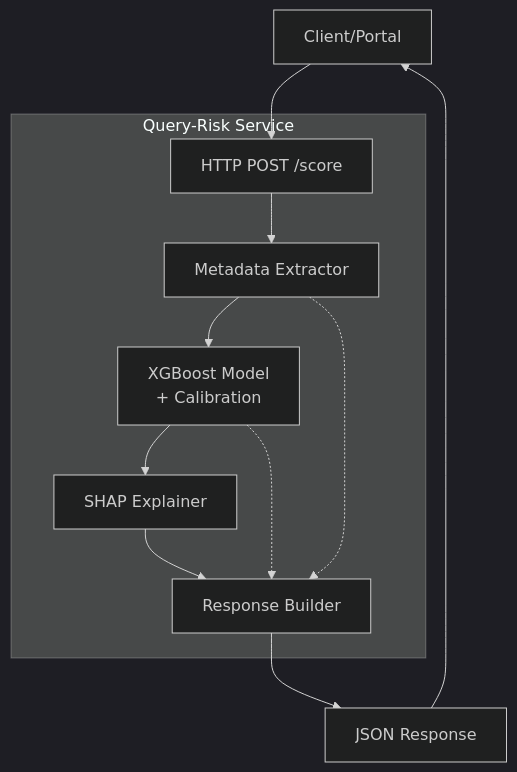
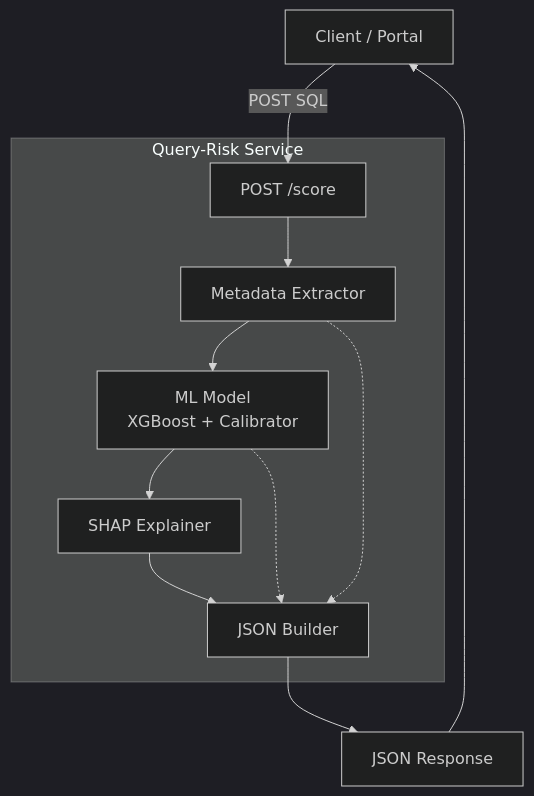
Before and after one commit to SIDDHARTH-PADIGAR/Query_Risk_PoC: the second of 3 diagrams in README.md, drawn with Mermaid. The commit also changed other lines of this file, not shown here.

````diff
--- a/README.md
+++ b/README.md
@@ -58,25 +63,25 @@
 ```mermaid
 %%{init: {'theme':'dark'}}%%
 graph TB
-    Client[Client/Portal]
+    Client[Client / Portal]
 
     subgraph API["Query-Risk Service"]
-        POST[HTTP POST /score]
+        POST[POST /score]
         ME[Metadata Extractor]
-        Model[XGBoost Model<br/>+ Calibration]
+        Model[ML Model<br/>XGBoost + Calibrator]
         Explainer[SHAP Explainer]
-        Response[Response Builder]
+        Response[JSON Builder]
     end
 
     Output["JSON Response"]
 
-    Client --> POST
+    Client -->|POST SQL| POST
     POST --> ME
     ME --> Model
     Model --> Explainer
     Explainer --> Response
     ME -.-> Response
     Model -.-> Response
     Response --> Output
     Output --> Client
 ```
````
